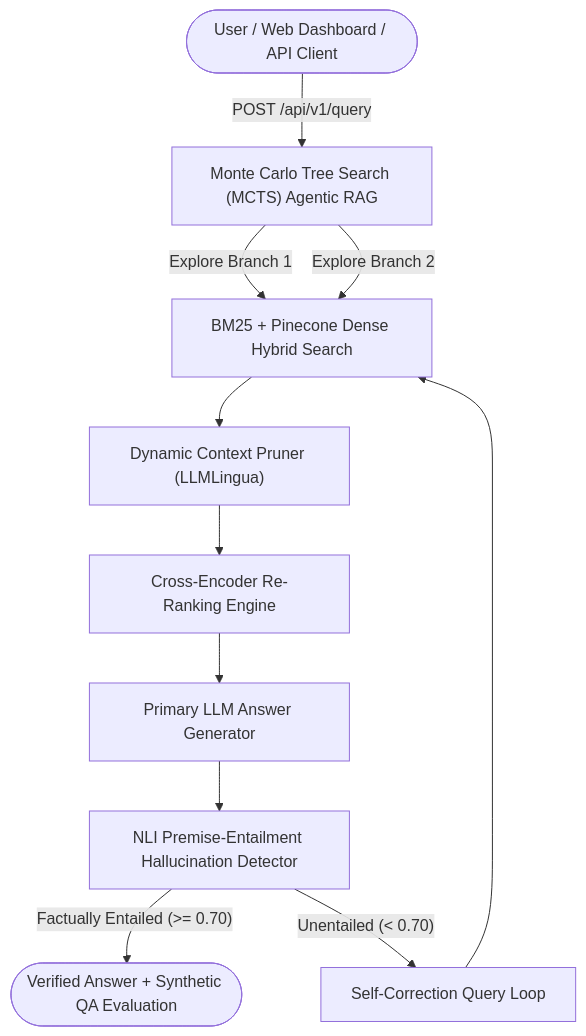
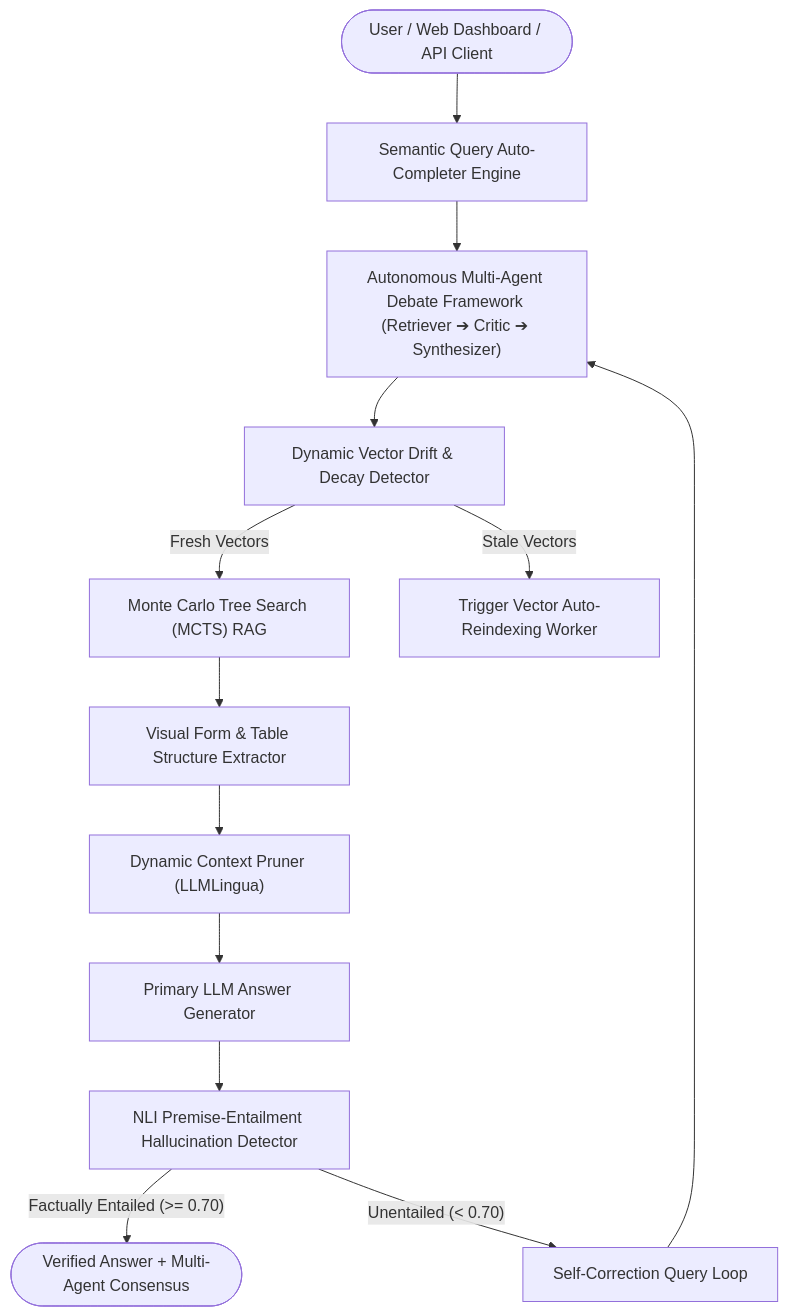
One commit to udbhav968-creator/RAG-PROJECT changed the diagram in README.md. Above: the diagram before and after it, drawn with Mermaid. The commit also changed other lines of this file and 5 other files, not shown here.

Commit message:
feat(v10.0): release Autonomous Multi-Agent & Data Intelligence Suite with Multi-Agent Debate, Vector Drift Detector, Query Suggester, and Table Extractor

````diff
--- a/README.md
+++ b/README.md
@@ -16,17 +16,19 @@
 ```mermaid
 flowchart TD
-    User(["User / Web Dashboard / API Client"]) -->|POST /api/v1/query| MCTS["Monte Carlo Tree Search (MCTS) Agentic RAG"]
+    User(["User / Web Dashboard / API Client"]) --> Suggester["Semantic Query Auto-Completer Engine"]
+    Suggester --> Debate["Autonomous Multi-Agent Debate Framework (Retriever ➔ Critic ➔ Synthesizer)"]
     
-    MCTS -->|Explore Branch 1| HybridSearch["BM25 + Pinecone Dense Hybrid Search"]
-    MCTS -->|Explore Branch 2| HybridSearch
+    Debate --> DriftDetector["Dynamic Vector Drift & Decay Detector"]
+    DriftDetector -->|Fresh Vectors| MCTS["Monte Carlo Tree Search (MCTS) RAG"]
+    DriftDetector -->|Stale Vectors| Reindex["Trigger Vector Auto-Reindexing Worker"]
     
-    HybridSearch --> Pruner["Dynamic Context Pruner (LLMLingua)"]
-    Pruner --> ReRanker["Cross-Encoder Re-Ranking Engine"]
+    MCTS --> TableExtractor["Visual Form & Table Structure Extractor"]
+    TableExtractor --> Pruner["Dynamic Context Pruner (LLMLingua)"]
     
-    ReRanker --> LLM["Primary LLM Answer Generator"]
+    Pruner --> LLM["Primary LLM Answer Generator"]
     LLM --> Hallucination["NLI Premise-Entailment Hallucination Detector"]
     
-    Hallucination -- "Factually Entailed (>= 0.70)" --> Response(["Verified Answer + Synthetic QA Evaluation"])
+    Hallucination -- "Factually Entailed (>= 0.70)" --> Response(["Verified Answer + Multi-Agent Consensus"])
     Hallucination -- "Unentailed (< 0.70)" --> Rephrase["Self-Correction Query Loop"]
-    Rephrase --> HybridSearch
+    Rephrase --> Debate
 ```
````
